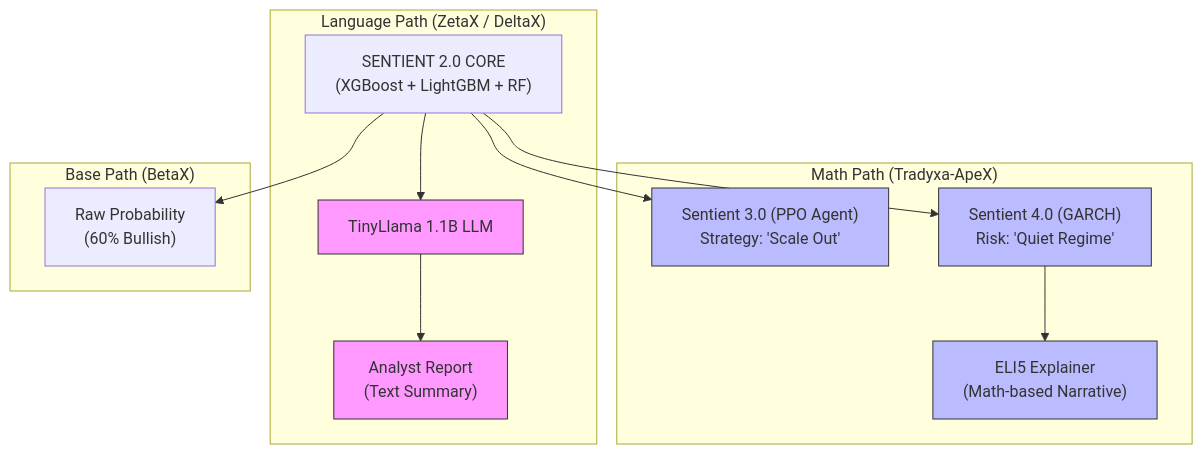
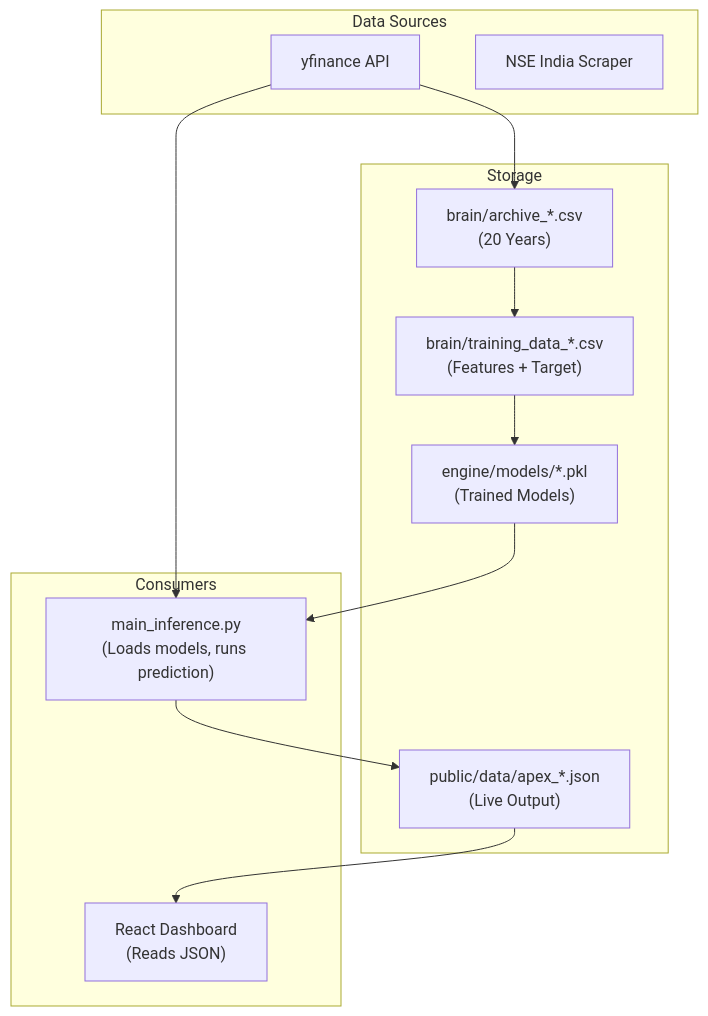
One commit to pravindev666/Tradyx-Aleph changed the sixth of 6 diagrams in README.md. Above: the diagram before and after it, drawn with Mermaid. The commit also changed other lines of this file, not shown here.

First line of the commit message:
Revise README for Sentient Pipeline architecture and details

````diff
--- a/README.md
+++ b/README.md
@@ -67,24 +296,27 @@
 ```mermaid
 graph TD
-    CORE["SENTIENT 2.0 CORE\n(XGBoost + LightGBM + RF)"]
-    
-    subgraph "Language Path (ZetaX / DeltaX)"
-        CORE --> TL["TinyLlama 1.1B LLM"]
-        TL --> RPT["Analyst Report\n(Text Summary)"]
-        style TL fill:#f9f,stroke:#333
-        style RPT fill:#f9f,stroke:#333
-    end
-    
-    subgraph "Math Path (Tradyxa-ApeX)"
-        CORE --> RL["Sentient 3.0 (PPO Agent)\nStrategy: 'Scale Out'"]
-        CORE --> RISK["Sentient 4.0 (GARCH)\nRisk: 'Quiet Regime'"]
-        RISK --> ELI5["ELI5 Explainer\n(Math-based Narrative)"]
-        style RL fill:#bbf,stroke:#333
-        style RISK fill:#bbf,stroke:#333
-        style ELI5 fill:#bbf,stroke:#333
+    subgraph "Data Sources"
+        YF["yfinance API"]
+        NSE["NSE India Scraper"]
     end
 
-    subgraph "Base Path (BetaX)"
-        CORE --> RAW["Raw Probability\n(60% Bullish)"]
+    subgraph "Storage"
+        VAULT["brain/archive_*.csv\n(20 Years)"]
+        TRAIN["brain/training_data_*.csv\n(Features + Target)"]
+        MODELS["engine/models/*.pkl\n(Trained Models)"]
+        JSON["public/data/apex_*.json\n(Live Output)"]
     end
+
+    subgraph "Consumers"
+        INFER["main_inference.py\n(Loads models, runs prediction)"]
+        UI["React Dashboard\n(Reads JSON)"]
+    end
+
+    YF --> VAULT
+    VAULT --> TRAIN
+    TRAIN --> MODELS
+    YF --> INFER
+    MODELS --> INFER
+    INFER --> JSON
+    JSON --> UI
 ```
````
